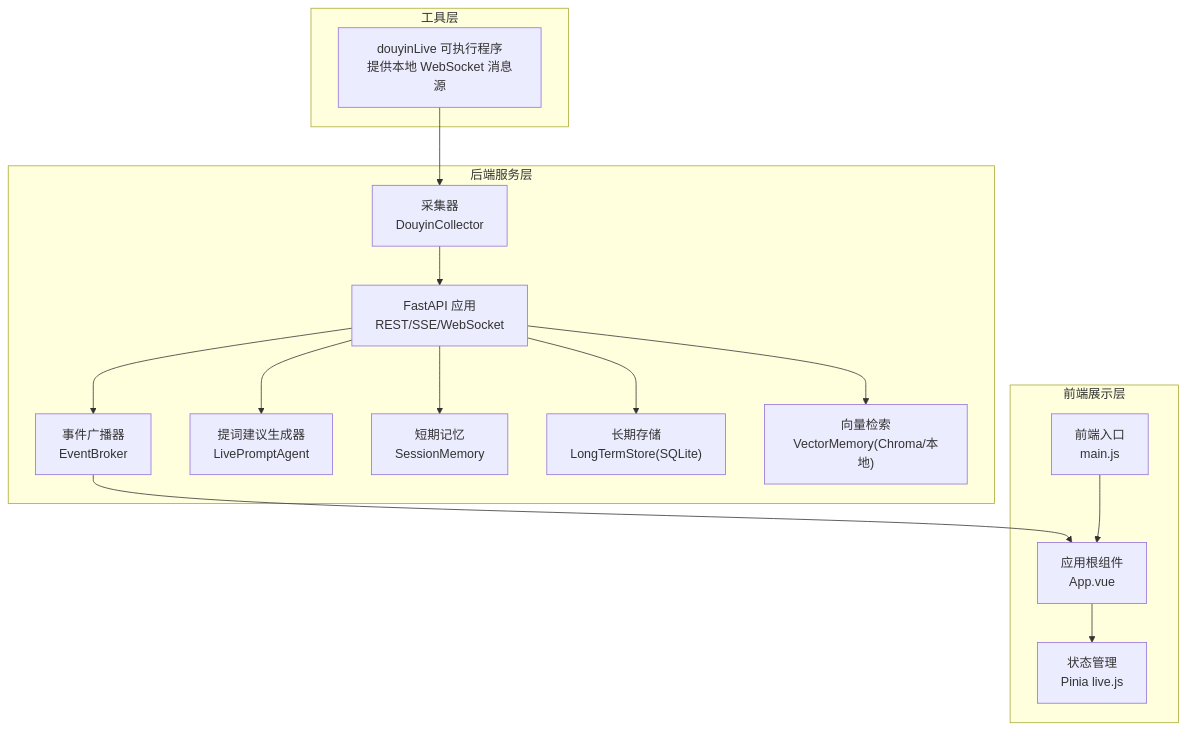
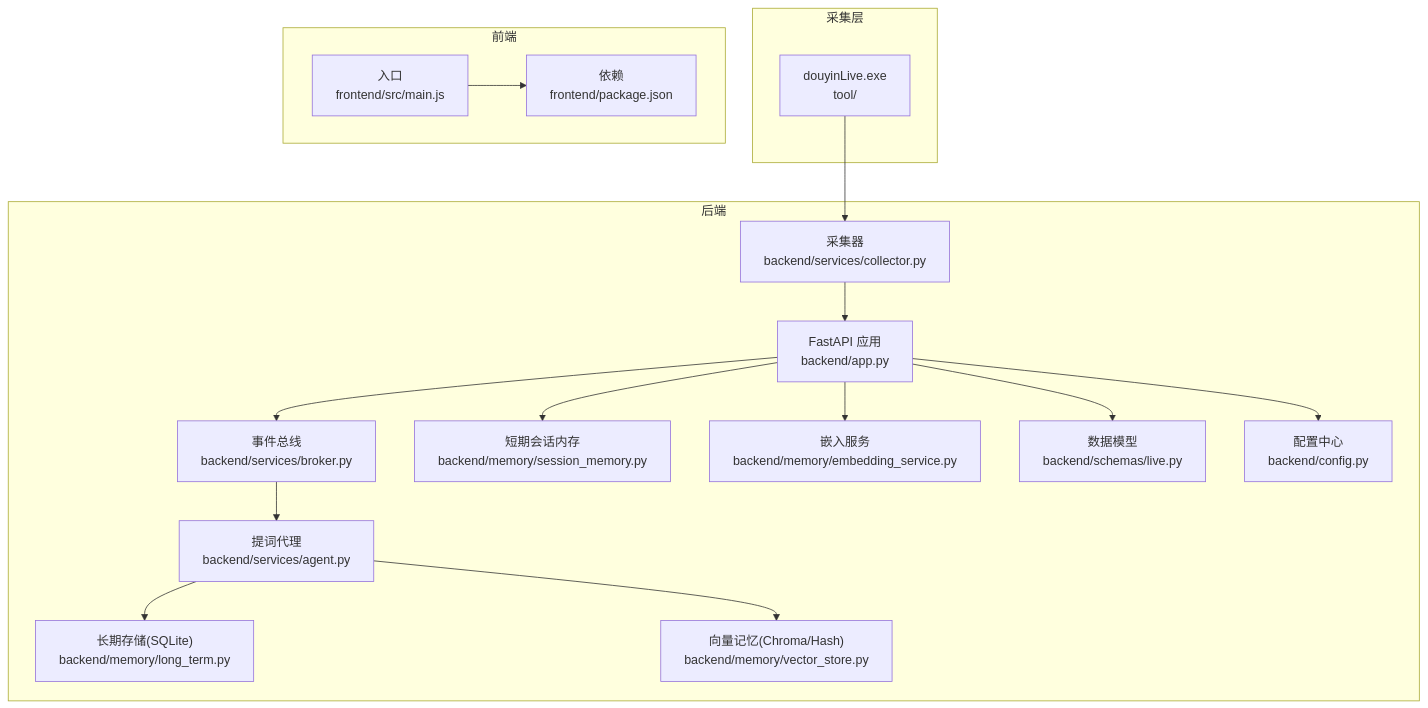
One commit to Moon-Force/DouYin_llm changed the first of 9 diagrams in .qoder/repowiki/zh/content/系统架构/系统架构.md. Above: the diagram before and after it, drawn with Mermaid. The commit also changed other lines of this file and 218 other files, not shown here.

````diff
--- a/.qoder/repowiki/zh/content/系统架构/系统架构.md
+++ b/.qoder/repowiki/zh/content/系统架构/系统架构.md
@@ -40,30 +54,33 @@
 ```mermaid
 graph TB
-subgraph "工具层"
-Tool["douyinLive 可执行程序<br/>提供本地 WebSocket 消息源"]
+subgraph "采集层"
+Tool["douyinLive.exe<br/>tool/"]
 end
-subgraph "后端服务层"
-App["FastAPI 应用<br/>REST/SSE/WebSocket"]
-Broker["事件广播器<br/>EventBroker"]
-Collector["采集器<br/>DouyinCollector"]
-Agent["提词建议生成器<br/>LivePromptAgent"]
-MemSession["短期记忆<br/>SessionMemory"]
-MemLong["长期存储<br/>LongTermStore(SQLite)"]
-MemVector["向量检索<br/>VectorMemory(Chroma/本地)"]
+subgraph "后端"
+App["FastAPI 应用<br/>backend/app.py"]
+Collector["采集器<br/>backend/services/collector.py"]
+Broker["事件总线<br/>backend/services/broker.py"]
+Agent["提词代理<br/>backend/services/agent.py"]
+MemSession["短期会话内存<br/>backend/memory/session_memory.py"]
+MemLong["长期存储(SQLite)<br/>backend/memory/long_term.py"]
+MemVector["向量记忆(Chroma/Hash)<br/>backend/memory/vector_store.py"]
+EmbedSvc["嵌入服务<br/>backend/memory/embedding_service.py"]
+Schema["数据模型<br/>backend/schemas/live.py"]
+Config["配置中心<br/>backend/config.py"]
 end
-subgraph "前端展示层"
-FrontMain["前端入口<br/>main.js"]
-FrontApp["应用根组件<br/>App.vue"]
-Store["状态管理<br/>Pinia live.js"]
+subgraph "前端"
+FrontMain["入口<br/>frontend/src/main.js"]
+Package["依赖<br/>frontend/package.json"]
 end
 Tool --> Collector
 Collector --> App
 App --> Broker
+Broker --> Agent
+Agent --> MemVector
+Agent --> MemLong
 App --> MemSession
-App --> MemLong
-App --> MemVector
-App --> Agent
-Broker --> FrontApp
-FrontApp --> Store
-FrontMain --> FrontApp
+App --> EmbedSvc
+App --> Schema
+App --> Config
+FrontMain --> Package
 ```
````
